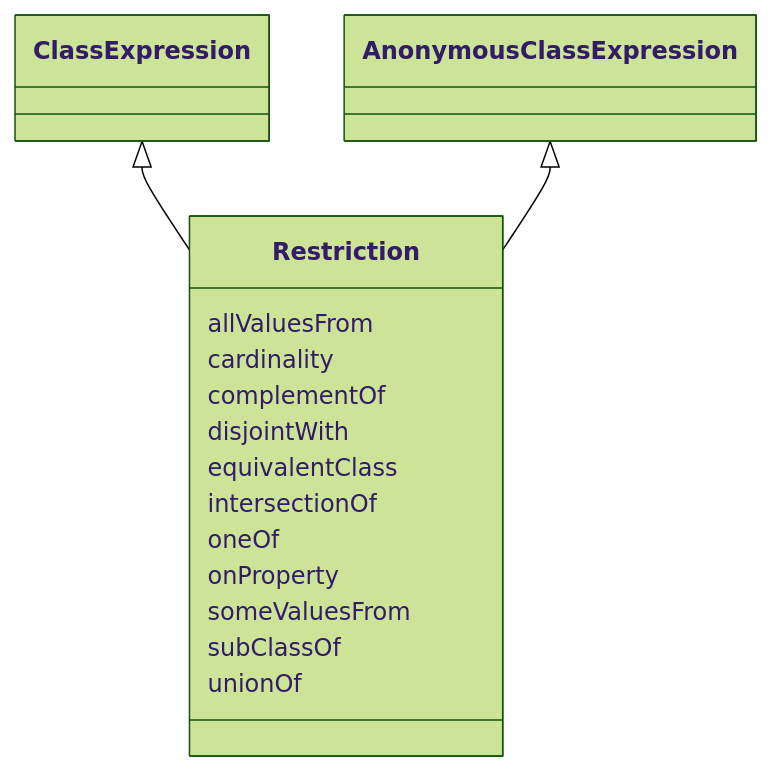
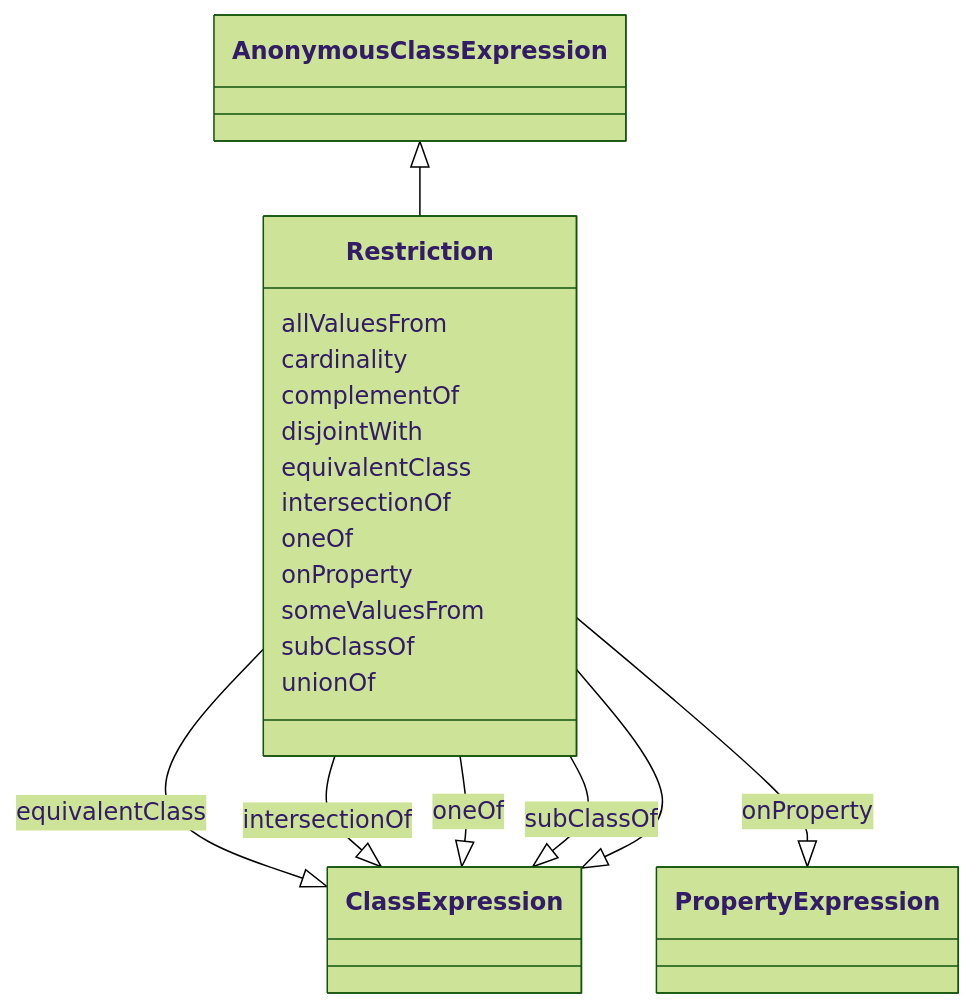
One commit to cthoyt/ontology-access-kit changed the diagram in ontology-metadata/Restriction.md. Above: the diagram before and after it, drawn with Mermaid (forest theme). The commit also changed other lines of this file and 3287 other files, not shown here.

````diff
--- a/ontology-metadata/Restriction.md
+++ b/ontology-metadata/Restriction.md
@@ -9,19 +9,40 @@
 ```{mermaid}
  classDiagram
     class Restriction
       ClassExpression <|-- Restriction
       AnonymousClassExpression <|-- Restriction
       
       Restriction : allValuesFrom
+        
       Restriction : cardinality
+        
       Restriction : complementOf
+        
       Restriction : disjointWith
+        
       Restriction : equivalentClass
+        
+          Restriction --|> ClassExpression : equivalentClass
+        
       Restriction : intersectionOf
+        
+          Restriction --|> ClassExpression : intersectionOf
+        
       Restriction : oneOf
+        
+          Restriction --|> ClassExpression : oneOf
+        
       Restriction : onProperty
+        
+          Restriction --|> PropertyExpression : onProperty
+        
       Restriction : someValuesFrom
+        
       Restriction : subClassOf
+        
+          Restriction --|> ClassExpression : subClassOf
+        
       Restriction : unionOf
+        
       
 ```
````
